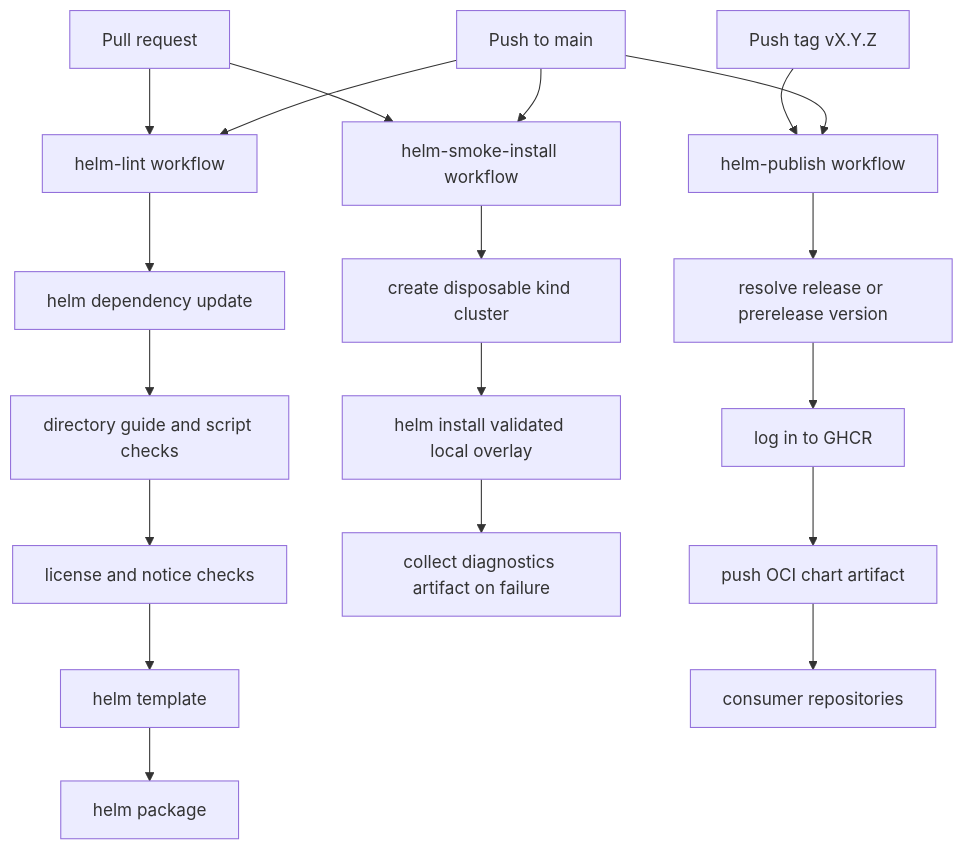
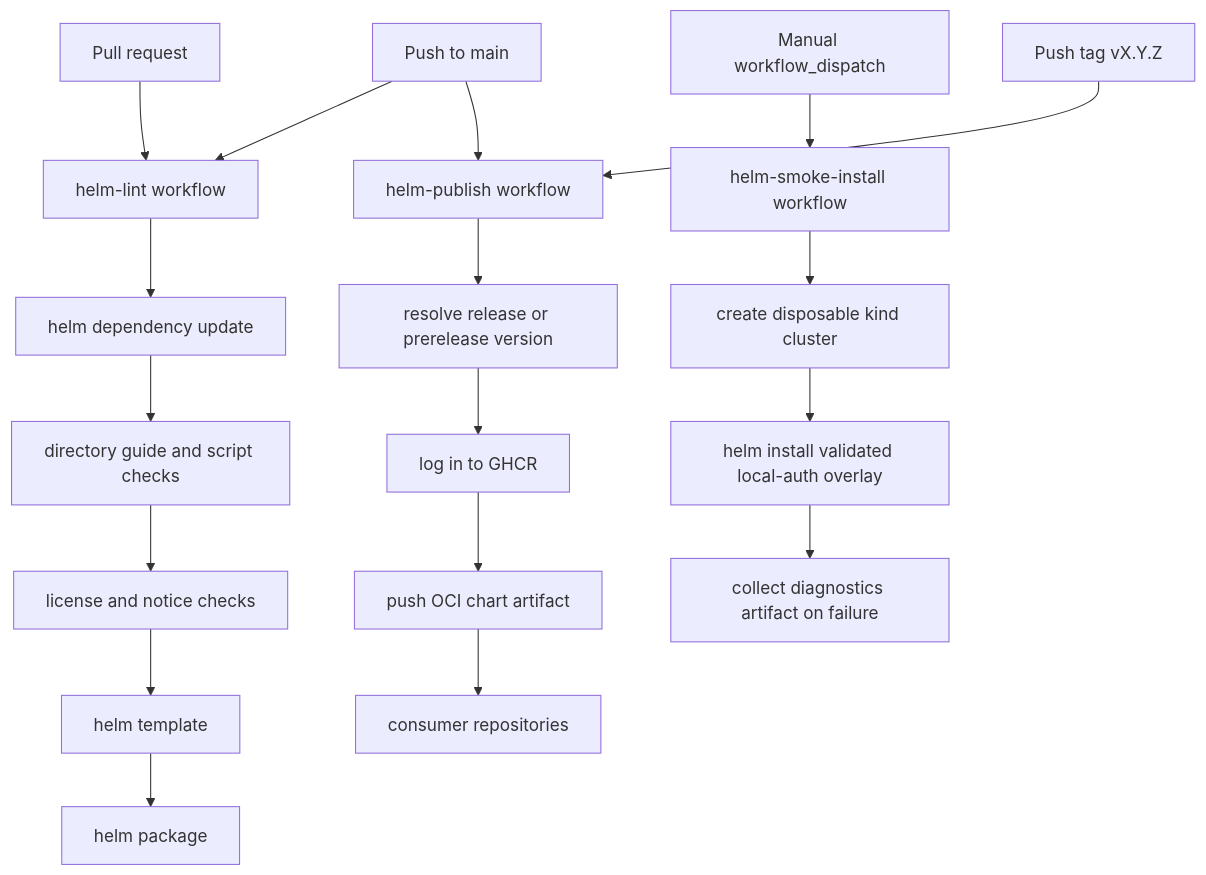
Before and after one commit to sanger-pathogens/dlh-in-a-box-umbrella-helm-chart: the diagram in .github/workflows/README.md, drawn with Mermaid. The commit also changed other lines of this file and 7 other files, not shown here.

Commit message:
Stabilize chart CI and demote kind smoke install

````diff
--- a/.github/workflows/README.md
+++ b/.github/workflows/README.md
@@ -15,22 +15,21 @@
 ```mermaid
 flowchart TD
   MainPush[Push to main] --> Lint[helm-lint workflow]
-  MainPush --> Smoke[helm-smoke-install workflow]
   MainPush --> Publish[helm-publish workflow]
   PullRequest[Pull request] --> Lint
-  PullRequest --> Smoke
   Lint --> DependencyUpdate[helm dependency update]
   DependencyUpdate --> DocsChecks[directory guide and script checks]
   DocsChecks --> LicenseChecks[license and notice checks]
   LicenseChecks --> Render[helm template]
   Render --> Package[helm package]
+  ManualRun[Manual workflow_dispatch] --> Smoke[helm-smoke-install workflow]
   Smoke --> Kind[create disposable kind cluster]
-  Kind --> Install[helm install validated local overlay]
+  Kind --> Install[helm install validated local-auth overlay]
   Install --> Diagnostics[collect diagnostics artifact on failure]
 
   TagPush[Push tag vX.Y.Z] --> Publish
   Publish --> ResolveVersion[resolve release or prerelease version]
   ResolveVersion --> GHCRLogin[log in to GHCR]
   GHCRLogin --> PushArtifact[push OCI chart artifact]
   PushArtifact --> ConsumerRepos[consumer repositories]
 ```
````
